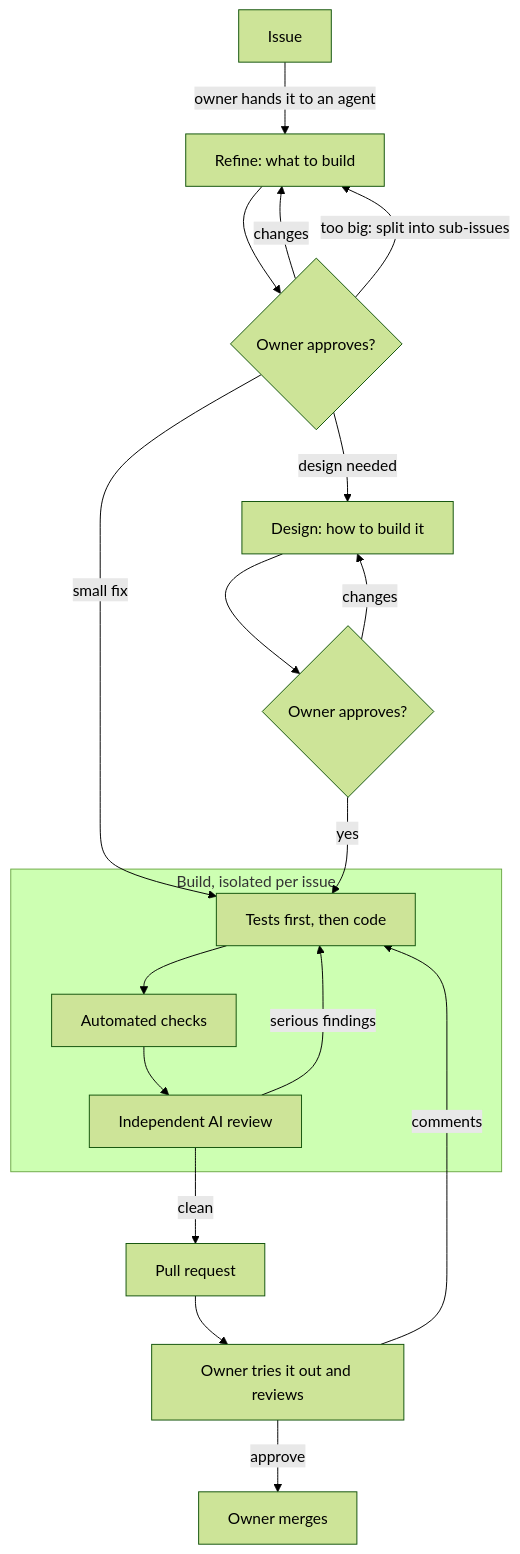
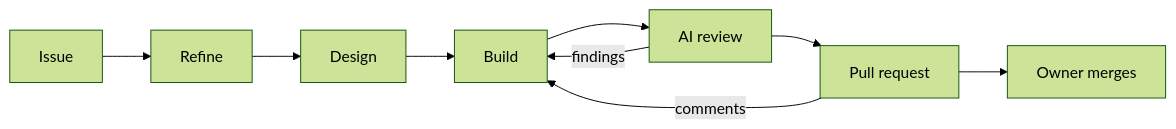
One commit to dennis-kaminski-cp/rotation-tracker changed the diagram in README.md. Above: the diagram before and after it, drawn with Mermaid (forest theme).

Commit message:
docs: simpler left-to-right workflow diagram

````diff
--- a/README.md
+++ b/README.md
@@ -31,23 +31,11 @@
 ```mermaid
-flowchart TD
-    issue["Issue"] -->|"owner hands it to an agent"| refine["Refine: what to build"]
-    refine --> ok1{"Owner approves?"}
-    ok1 -->|"changes"| refine
-    ok1 -->|"too big: split into sub-issues"| refine
-    ok1 -->|"design needed"| design["Design: how to build it"]
-    ok1 -->|"small fix"| build
-    design --> ok2{"Owner approves?"}
-    ok2 -->|"changes"| design
-    ok2 -->|"yes"| build
-
-    subgraph buildbox ["Build, isolated per issue"]
-        build["Tests first, then code"] --> gates["Automated checks"]
-        gates --> review["Independent AI review"]
-        review -->|"serious findings"| build
-    end
-
-    review -->|"clean"| pr["Pull request"]
-    pr --> human["Owner tries it out and reviews"]
-    human -->|"comments"| build
-    human -->|"approve"| merge["Owner merges"]
+flowchart LR
+    issue["Issue"] --> refine["Refine"]
+    refine --> design["Design"]
+    design --> build["Build"]
+    build --> review["AI review"]
+    review -->|"findings"| build
+    review --> pr["Pull request"]
+    pr --> merge["Owner merges"]
+    pr -->|"comments"| build
 ```
````
